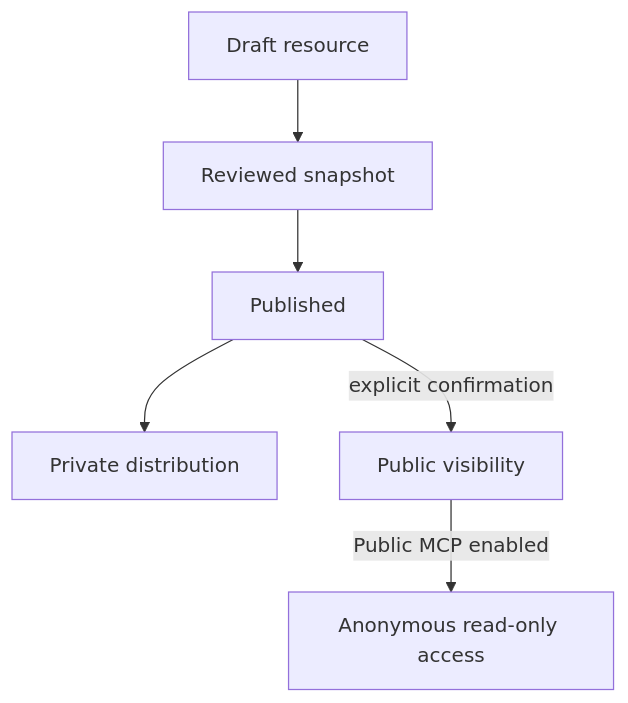
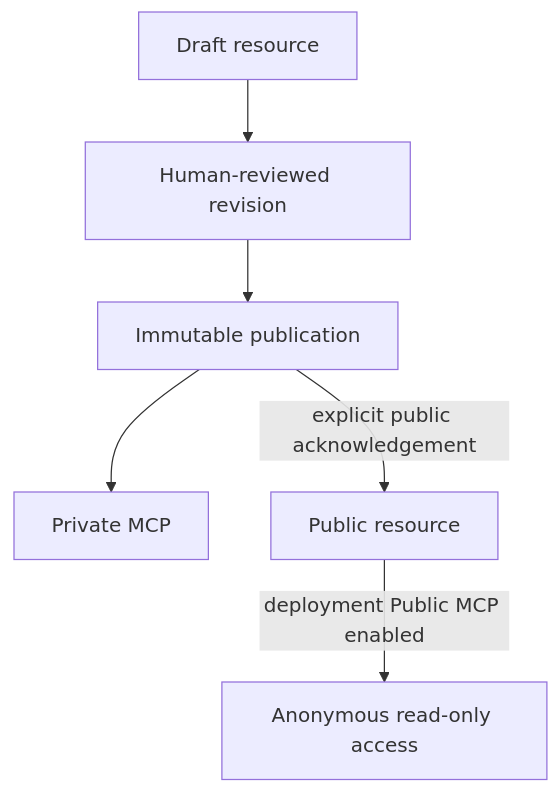
Before and after one commit to Dokosoko-AI/dokosoko-docs: the second of 2 diagrams in src/content/docs/concepts/security.md, drawn with Mermaid. The commit also changed other lines of this file and 42 other files, not shown here.

````diff
--- a/src/content/docs/concepts/security.md
+++ b/src/content/docs/concepts/security.md
@@ -58,8 +54,8 @@
 ```mermaid
 flowchart TD
-    Draft[Draft resource] --> Review[Reviewed snapshot]
-    Review --> Published[Published]
-    Published --> Private[Private distribution]
-    Published -->|explicit confirmation| PublicVisibility[Public visibility]
-    PublicVisibility -->|Public MCP enabled| Anonymous[Anonymous read-only access]
+    Draft[Draft resource] --> Review[Human-reviewed revision]
+    Review --> Published[Immutable publication]
+    Published --> Private[Private MCP]
+    Published -->|explicit public acknowledgement| PublicResource[Public resource]
+    PublicResource -->|deployment Public MCP enabled| Anonymous[Anonymous read-only access]
 ```
````
